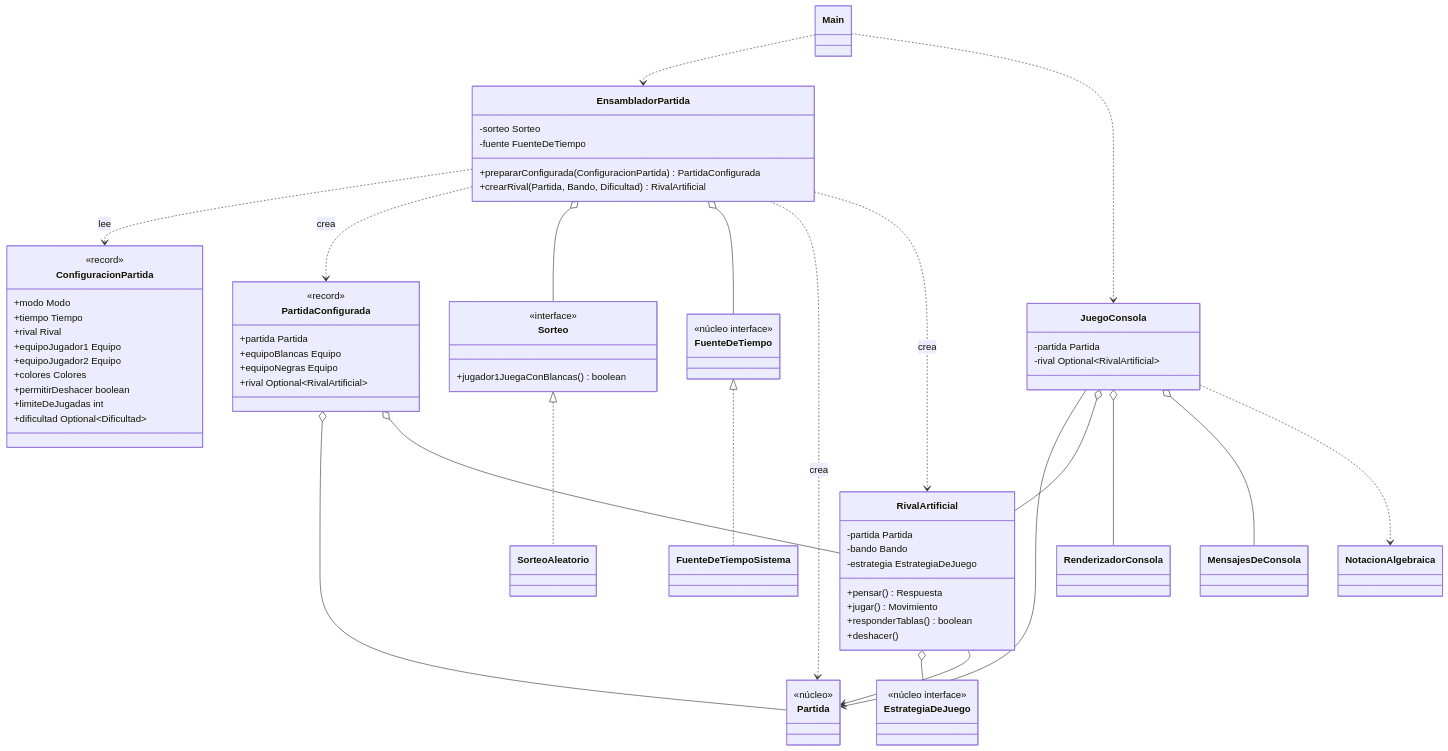
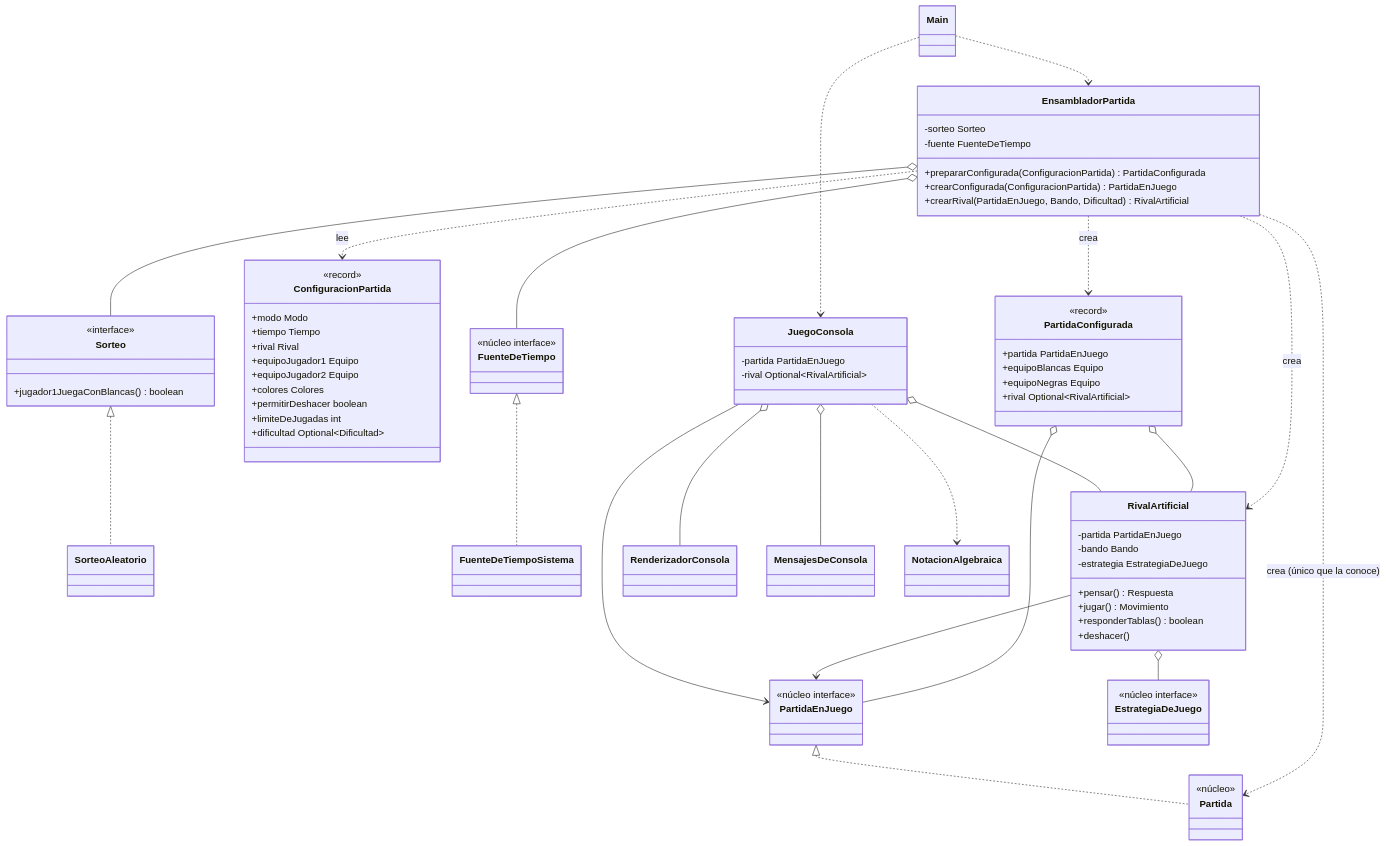
The first of 2 diagrams in docs/uml/07-adaptadores.md (JoaquinIgnacioCampos/Chiquichess), drawn with Mermaid before and after one commit. The commit also changed other lines of this file and 31 other files, not shown here.

```diff
--- a/docs/uml/07-adaptadores.md
+++ b/docs/uml/07-adaptadores.md
@@ -16,6 +20,9 @@
 
     class Partida {
         <<núcleo>>
+    }
+    class PartidaEnJuego {
+        <<núcleo interface>>
     }
     class EstrategiaDeJuego {
         <<núcleo interface>>
@@ -28,7 +35,8 @@
         -sorteo Sorteo
         -fuente FuenteDeTiempo
         +prepararConfigurada(ConfiguracionPartida) PartidaConfigurada
-        +crearRival(Partida, Bando, Dificultad) RivalArtificial
+        +crearConfigurada(ConfiguracionPartida) PartidaEnJuego
+        +crearRival(PartidaEnJuego, Bando, Dificultad) RivalArtificial
     }
     class ConfiguracionPartida {
         <<record>>
@@ -44,7 +52,7 @@
     }
     class PartidaConfigurada {
         <<record>>
-        +partida Partida
+        +partida PartidaEnJuego
         +equipoBlancas Equipo
         +equipoNegras Equipo
         +rival Optional~RivalArtificial~
@@ -56,7 +64,7 @@
     class SorteoAleatorio
     class FuenteDeTiempoSistema
     class RivalArtificial {
-        -partida Partida
+        -partida PartidaEnJuego
         -bando Bando
         -estrategia EstrategiaDeJuego
         +pensar() Respuesta
@@ -67,7 +75,7 @@
 
     class Main
     class JuegoConsola {
-        -partida Partida
+        -partida PartidaEnJuego
         -rival Optional~RivalArtificial~
     }
     class RenderizadorConsola
@@ -78,18 +86,19 @@
     EnsambladorPartida ..> PartidaConfigurada : crea
     EnsambladorPartida o-- Sorteo
     EnsambladorPartida o-- FuenteDeTiempo
-    EnsambladorPartida ..> Partida : crea
+    EnsambladorPartida ..> Partida : crea (único que la conoce)
+    PartidaEnJuego <|.. Partida
     EnsambladorPartida ..> RivalArtificial : crea
     Sorteo <|.. SorteoAleatorio
     FuenteDeTiempo <|.. FuenteDeTiempoSistema
-    PartidaConfigurada o-- Partida
+    PartidaConfigurada o-- PartidaEnJuego
     PartidaConfigurada o-- RivalArtificial
     RivalArtificial o-- EstrategiaDeJuego
-    RivalArtificial --> Partida
+    RivalArtificial --> PartidaEnJuego
 
     Main ..> EnsambladorPartida
     Main ..> JuegoConsola
-    JuegoConsola --> Partida
+    JuegoConsola --> PartidaEnJuego
     JuegoConsola o-- RivalArtificial
     JuegoConsola o-- RenderizadorConsola
     JuegoConsola o-- MensajesDeConsola
```
